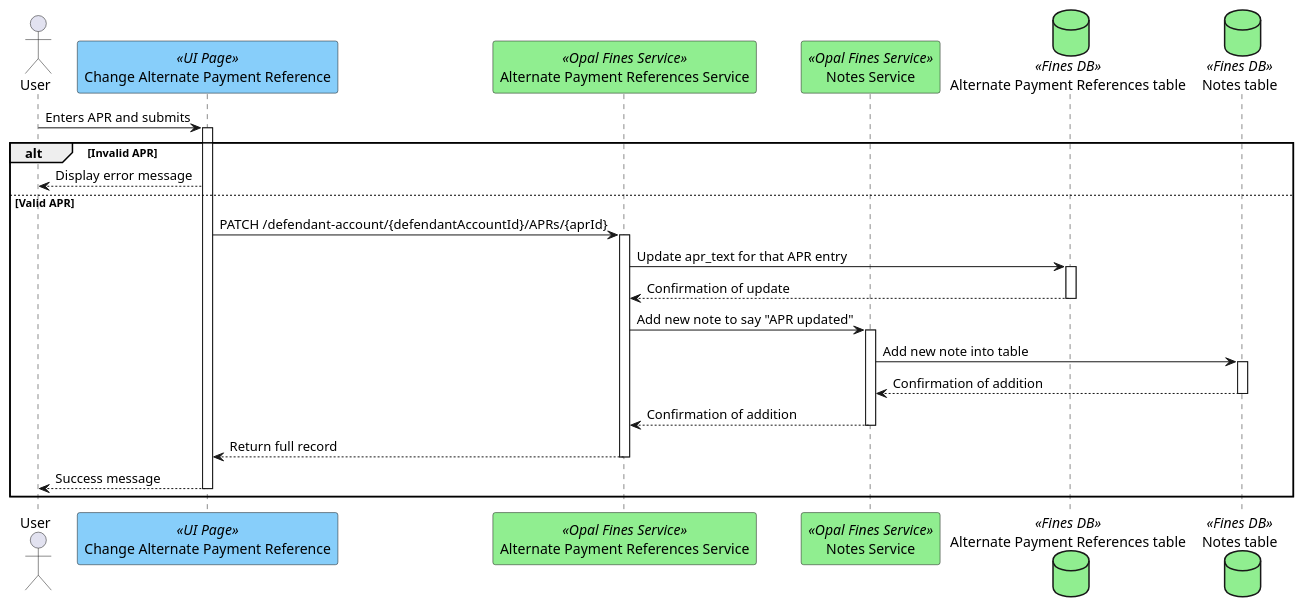
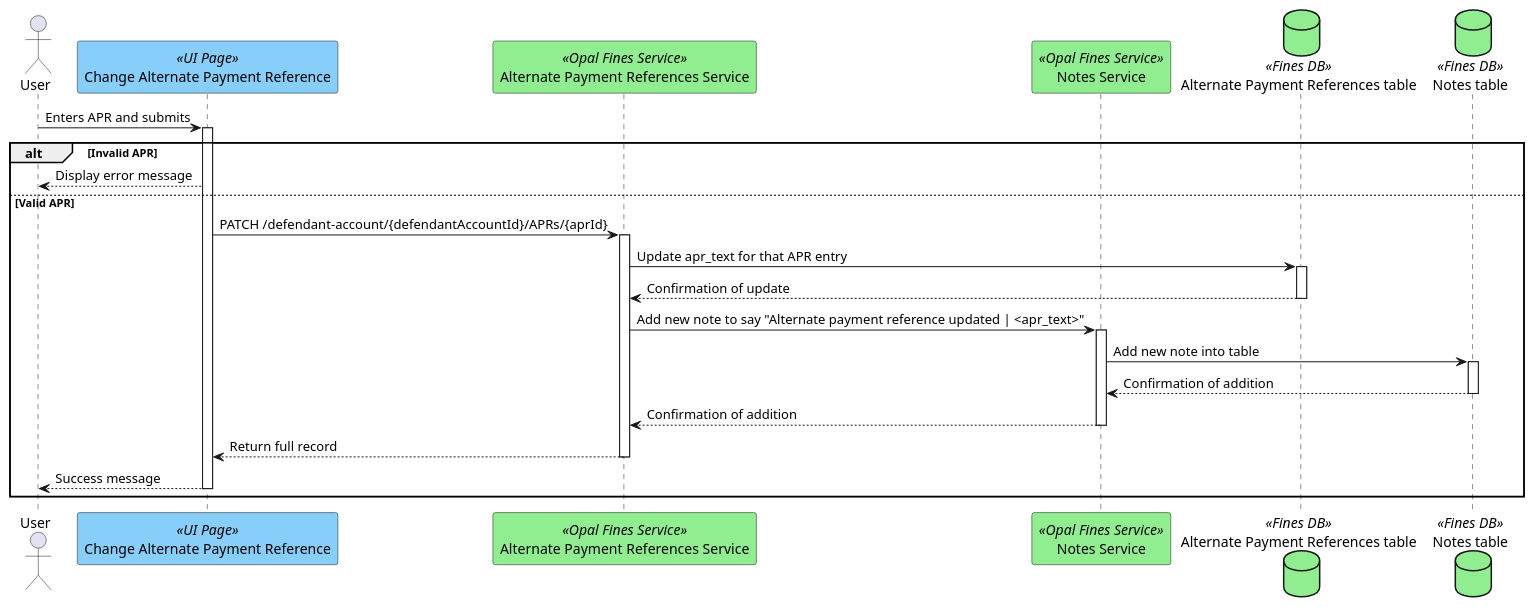
One commit to hmcts/opal-docs changed the diagram in plantUML/external-interfaces/update-apr.puml. Above: the diagram before and after it, drawn with PlantUML. The commit also changed 2 other files, not shown here.

Commit message:
Updating the notes messages to be inline with figmas.

```diff
--- a/plantUML/external-interfaces/update-apr.puml
+++ b/plantUML/external-interfaces/update-apr.puml
@@ -1,23 +1,23 @@
 @startuml
 actor "User" as user
 participant "Change Alternate Payment Reference" as uiPage <<UI Page>> #lightskyblue
 participant "Alternate Payment References Service" as alternatePaymentReferencesService <<Opal Fines Service>> #lightgreen
 participant "Notes Service" as notesService <<Opal Fines Service>> #lightgreen
 database "Alternate Payment References table" as aprTable <<Fines DB>>#lightgreen
 database "Notes table" as notesTable <<Fines DB>>#lightgreen
 
 user -> uiPage ++ : Enters APR and submits
 alt Invalid APR
     uiPage --> user : Display error message
 else Valid APR
     uiPage -> alternatePaymentReferencesService ++ : PATCH /defendant-account/{defendantAccountId}/APRs/{aprId}
     alternatePaymentReferencesService -> aprTable ++ : Update apr_text for that APR entry
     aprTable --> alternatePaymentReferencesService -- : Confirmation of update
-    alternatePaymentReferencesService -> notesService ++ : Add new note to say "APR updated"
+    alternatePaymentReferencesService -> notesService ++ : Add new note to say "Alternate payment reference updated | <apr_text>"
     notesService -> notesTable ++ : Add new note into table
     notesTable --> notesService -- : Confirmation of addition
     notesService --> alternatePaymentReferencesService -- : Confirmation of addition
     alternatePaymentReferencesService --> uiPage -- : Return full record
     uiPage --> user -- : Success message
 end
 @enduml
```
